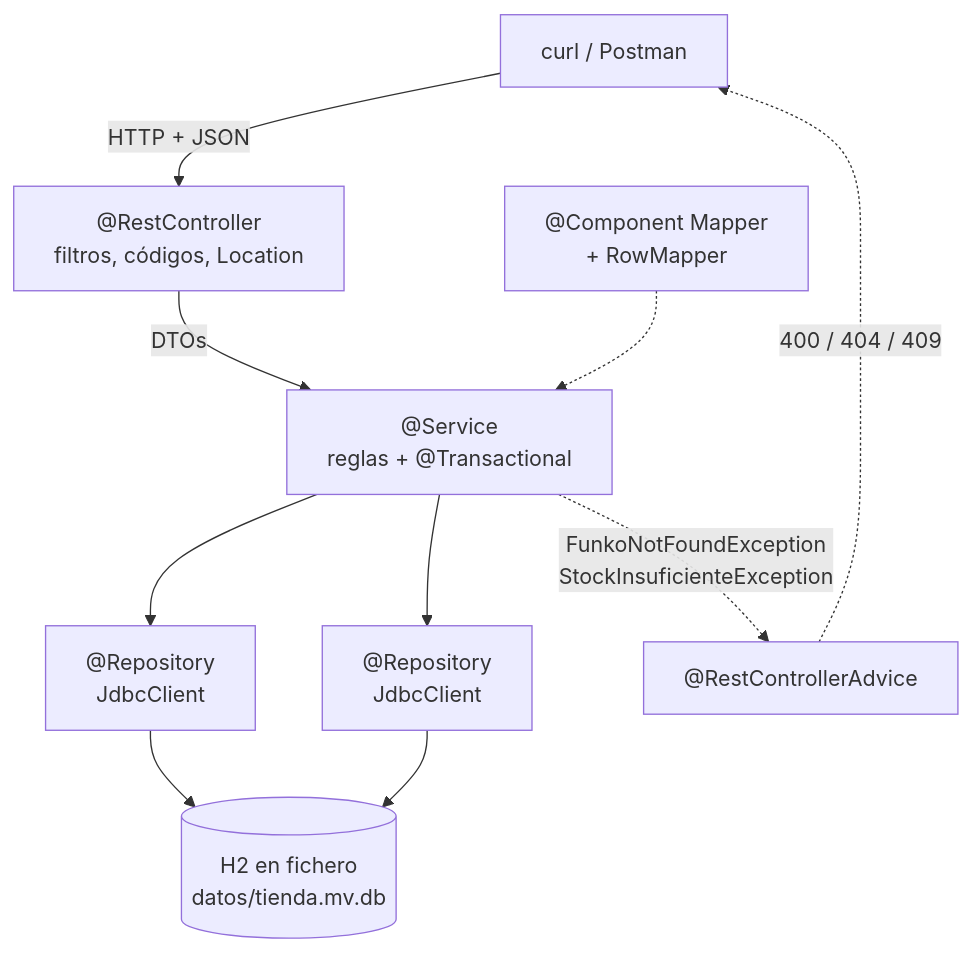
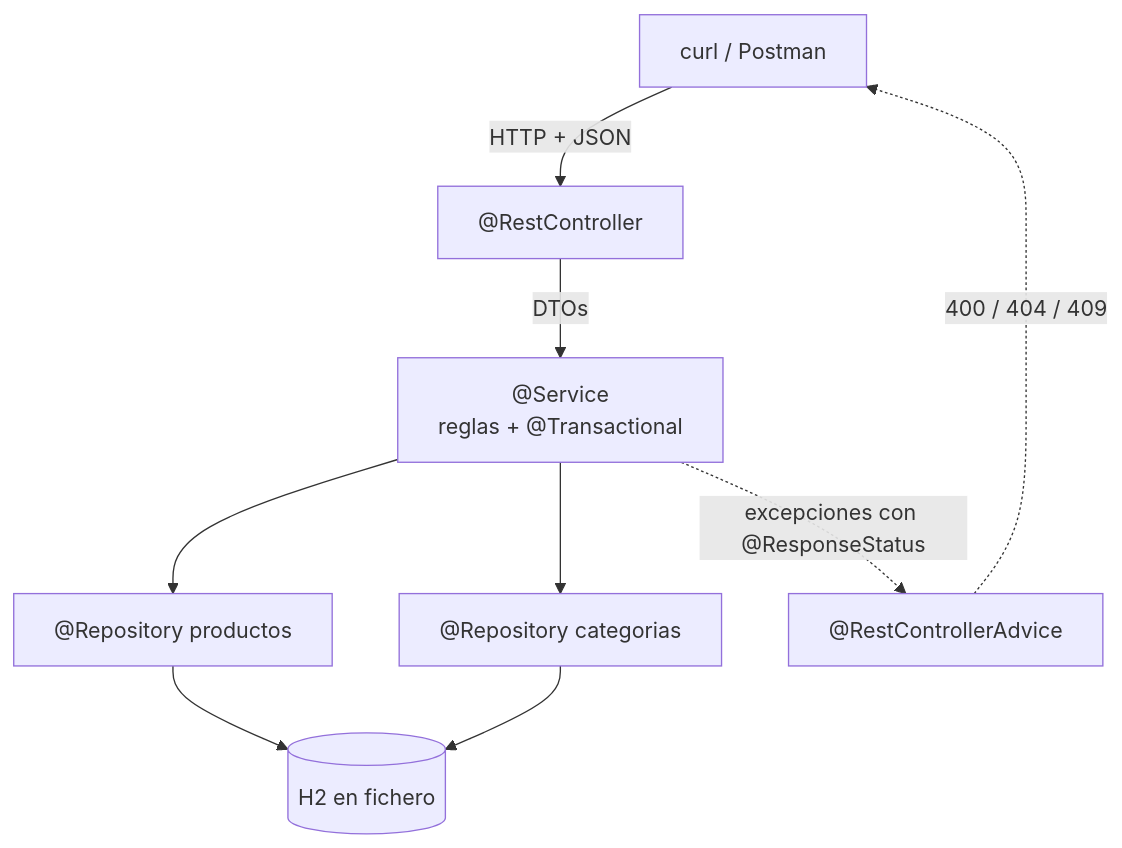
The second of 2 diagrams in docs/ut4/05-proyectos.md (campusdevfp/dwes2627), drawn with Mermaid before and after one commit. The commit also changed other lines of this file and 22 other files, not shown here.

````diff
--- a/docs/ut4/05-proyectos.md
+++ b/docs/ut4/05-proyectos.md
@@ -1907,13 +1556,11 @@
 ```mermaid
 flowchart TB
-    Cliente["curl / Postman"] -->|HTTP + JSON| C["@RestController<br/>filtros, códigos, Location"]
+    Cliente["curl / Postman"] -->|HTTP + JSON| C["@RestController"]
     C -->|DTOs| S["@Service<br/>reglas + @Transactional"]
-    S --> R1["@Repository<br/>JdbcClient"]
-    S --> R2["@Repository<br/>JdbcClient"]
-    R1 --> BD[("H2 en fichero<br/>datos/tienda.mv.db")]
+    S --> R1["@Repository productos"]
+    S --> R2["@Repository categorias"]
+    R1 --> BD[("H2 en fichero")]
     R2 --> BD
-
-    S -.->|FunkoNotFoundException<br/>StockInsuficienteException| G["@RestControllerAdvice"]
+    S -.->|excepciones con @ResponseStatus| G["@RestControllerAdvice"]
     G -.->|400 / 404 / 409| Cliente
-    MAP["@Component Mapper<br/>+ RowMapper"] -.-> S
 ```
````
